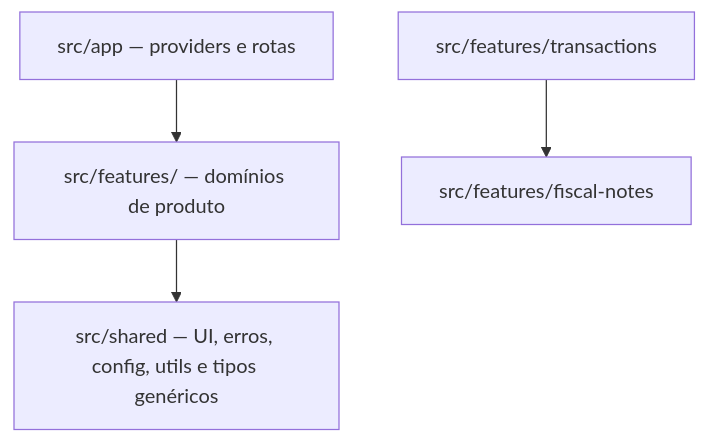
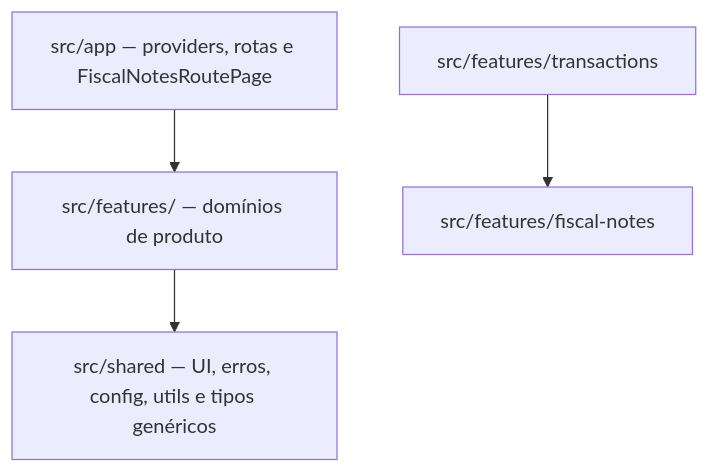
The diagram in docs/architecture/module-boundaries.md (danzSTK/personal-finance-frontend), drawn with Mermaid before and after one commit. The commit also changed other lines of this file and 19 other files, not shown here.

Commit message:
docs(fiscal-notes): sync living docs and add vite htmlBypass for /fiscal-notes

````diff
--- a/docs/architecture/module-boundaries.md
+++ b/docs/architecture/module-boundaries.md
@@ -22,6 +22,6 @@
 ```mermaid
 flowchart TD
-  App[src/app — providers e rotas] --> Features[src/features/<modulo> — domínios de produto]
+  App["src/app — providers, rotas e FiscalNotesRoutePage"] --> Features["src/features/<modulo> — domínios de produto"]
   Transactions[src/features/transactions] --> FiscalNotes[src/features/fiscal-notes]
   Features --> Shared[src/shared — UI, erros, config, utils e tipos genéricos]
 ```
````
